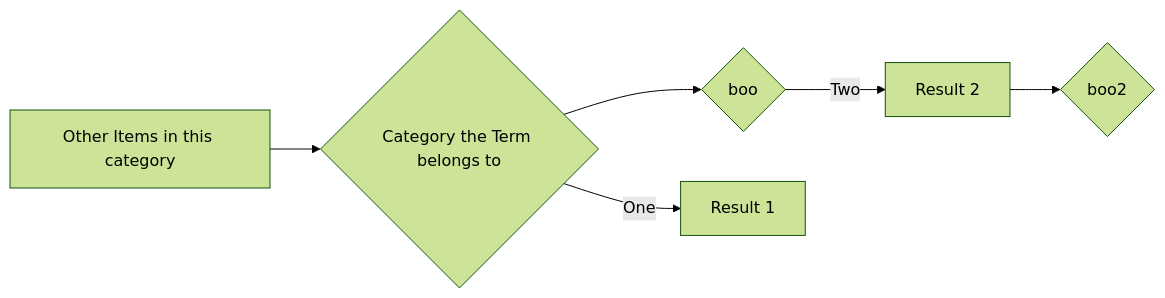
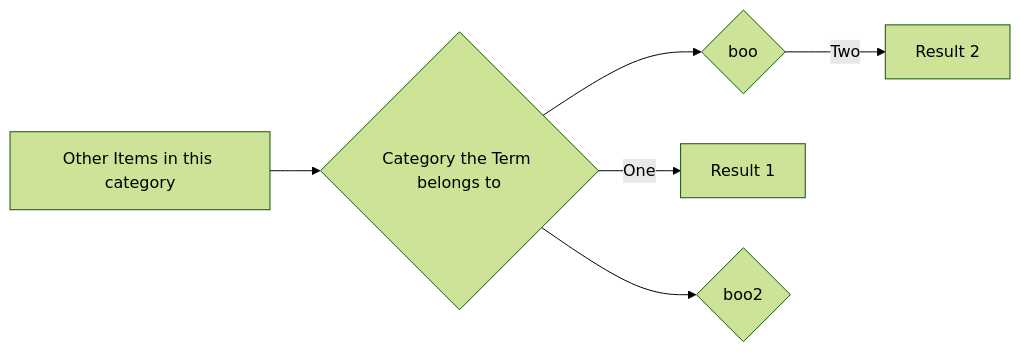
The diagram in slides.md (gerbssusd/dok), drawn with Mermaid (forest theme) before and after one commit.

````diff
--- a/slides.md
+++ b/slides.md
@@ -217,11 +217,11 @@
 ```mermaid {theme: 'neutral', scale: 0.8}
 graph LR
 A[Other Items in this category] --> B{Category the Term belongs to} --> C{boo} 
 B -->|One| D[Result 1]
 C -->|Two| E[Result 2]
- --> G{boo2}
+B --> G{boo2}
 
 
 
 
 ```
````
